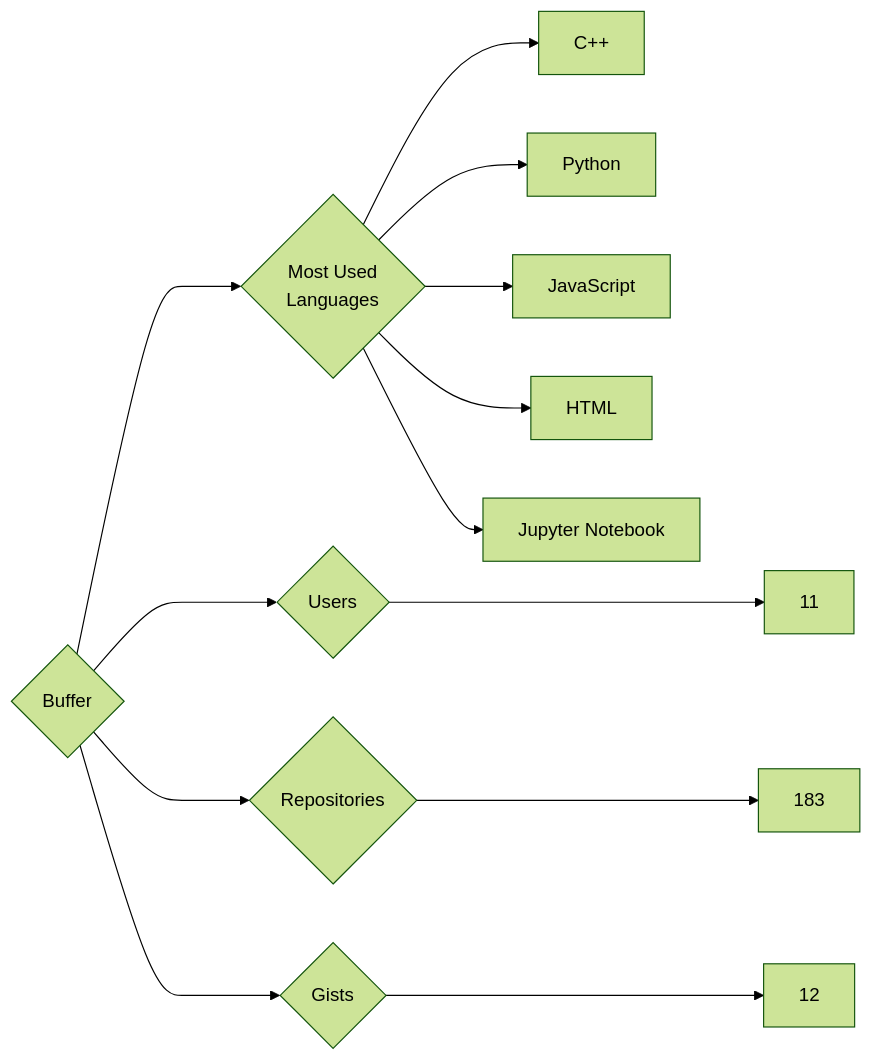
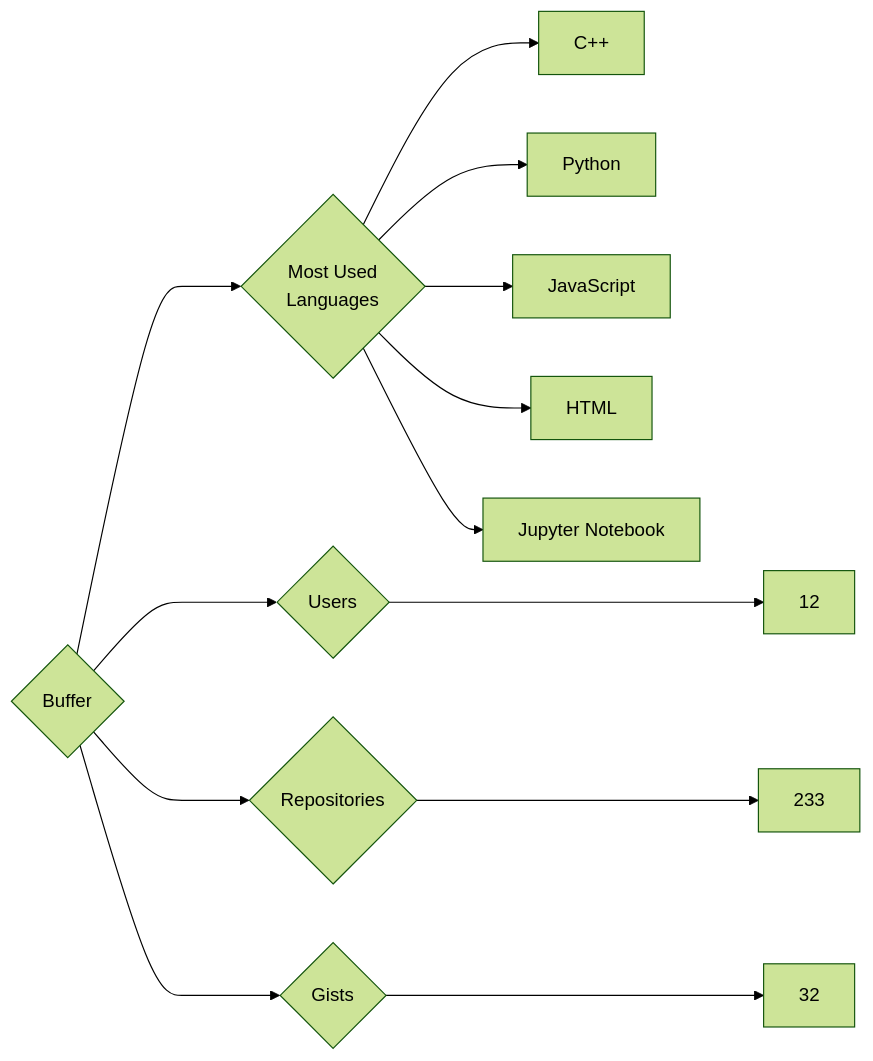
The diagram in targets/Buffer/README.md (trickest/insiders), drawn with Mermaid (forest theme) before and after one commit. The commit also changed 777 other files, not shown here.

````diff
--- a/targets/Buffer/README.md
+++ b/targets/Buffer/README.md
@@ -3,13 +3,13 @@
 ```mermaid
 graph LR
 COMPANY_NAME{Buffer}
-COMPANY_NAME ---> U{Users} ---> UN[11]
-COMPANY_NAME ---> R{Repositories} ---> RN[183]
-COMPANY_NAME ---> G{Gists} ---> GN[12]
+COMPANY_NAME ---> U{Users} ---> UN[12]
+COMPANY_NAME ---> R{Repositories} ---> RN[233]
+COMPANY_NAME ---> G{Gists} ---> GN[32]
 COMPANY_NAME ---> ML{Most Used<br>Languages}
 ML --> C++[C++]
 ML --> Python[Python]
 ML --> JavaScript[JavaScript]
 ML --> HTML[HTML]
 ML --> Jupyter_Notebook[Jupyter Notebook]
 ```
````
